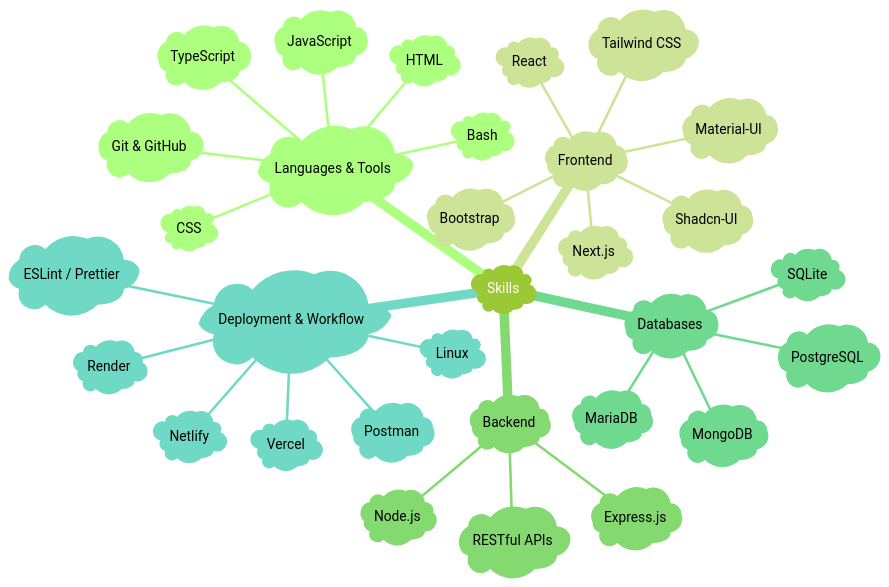
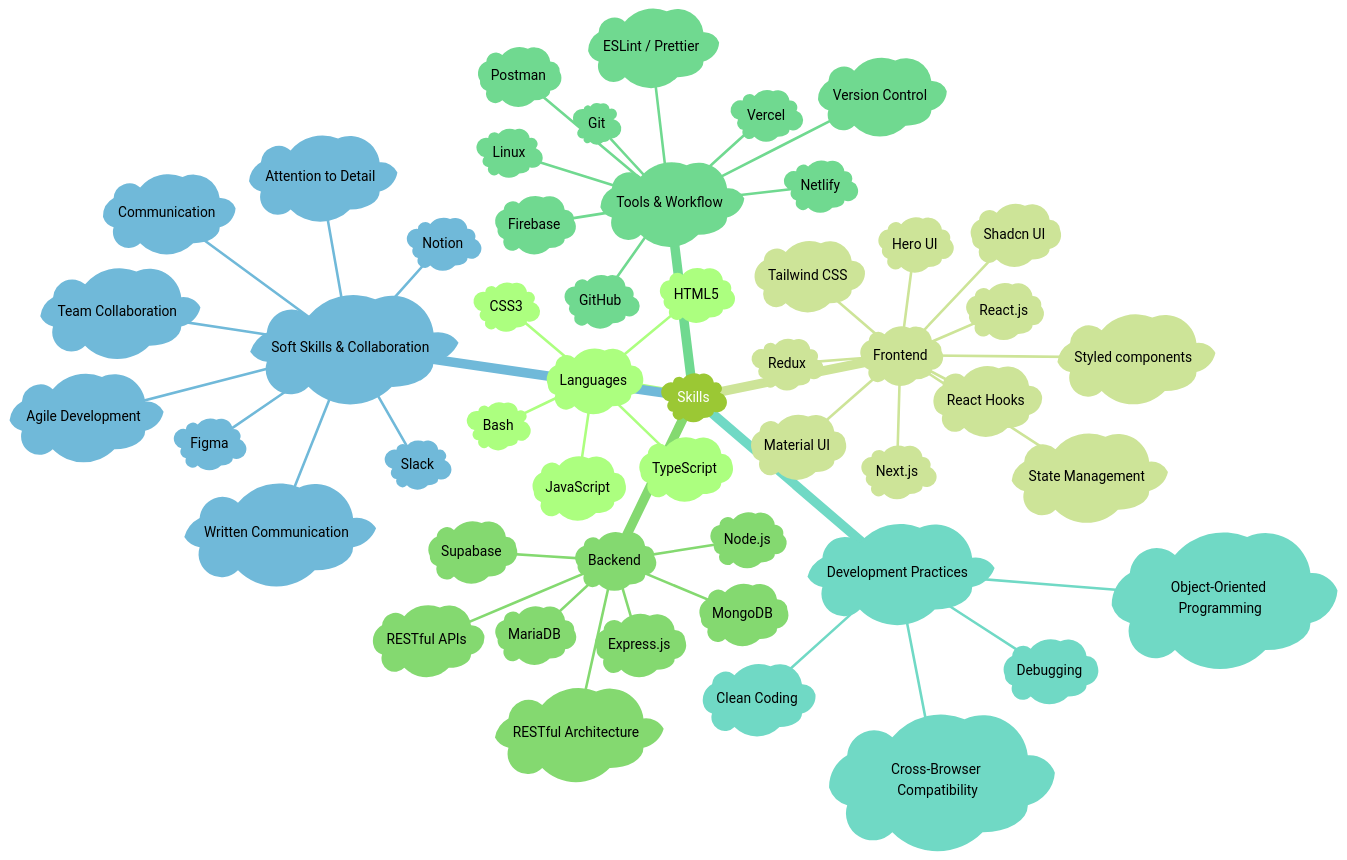
The diagram in README.md (shantoopaul/shantoopaul), drawn with Mermaid before and after one commit.

Commit message:
trying out mindmaps

````diff
--- a/README.md
+++ b/README.md
@@ -31,38 +31,57 @@
 ```mermaid
 ---
 config:
   theme: 'forest'
 ---
 mindmap
     root)Skills(
-        )Languages & Tools(
+        )Languages(
             )JavaScript(
             )TypeScript(
-            )HTML(
-            )CSS(
+            )HTML5(
+            )CSS3(
             )Bash(
-            )Git & GitHub(
         )Frontend(
-            )React(
+            )React.js(
             )Next.js(
+            )Redux(
+            )React Hooks(
+            )State Management(
             )Tailwind CSS(
-            )Material-UI(
-            )Shadcn-UI(
-            )Bootstrap(
+            )Material UI(
+            )Styled components(
+            )Shadcn UI(            
+            )Hero UI(
         )Backend(
             )Node.js(
             )Express.js(
+            )MongoDB(
+            )MariaDB(
+            )Supabase(
             )RESTful APIs(
-        )Databases(
-            )MongoDB(
-            )SQLite(
-            )PostgreSQL(
-            )MariaDB(
-        )Deployment & Workflow(
+            )RESTful Architecture(
+        )Tools & Workflow(
+            )Git(
+            )GitHub(
+            )Version Control(
+            )Postman(
+            )ESLint / Prettier(
             )Vercel(
             )Netlify(
-            )Render(
-            )Postman(
-            )ESLint / Prettier(
+            )Firebase(
             )Linux(
+        )Development Practices(
+            )Clean Coding(
+            )Debugging(
+            )Cross-Browser Compatibility(
+            )Object-Oriented Programming(
+        )Soft Skills & Collaboration(
+            )Agile Development(
+            )Communication(
+            )Written Communication(
+            )Attention to Detail(
+            )Team Collaboration(
+            )Figma(
+            )Slack(
+            )Notion(
 ```
````
